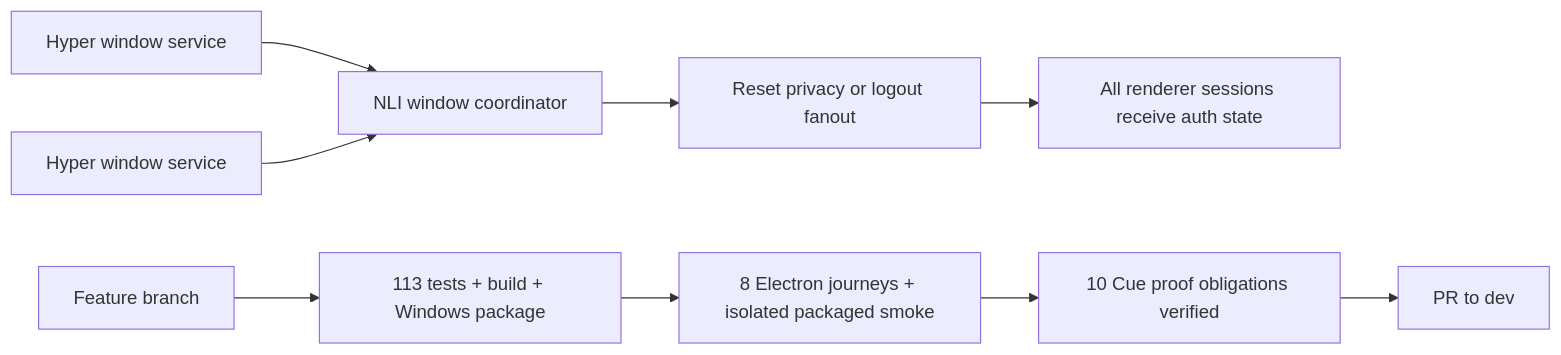
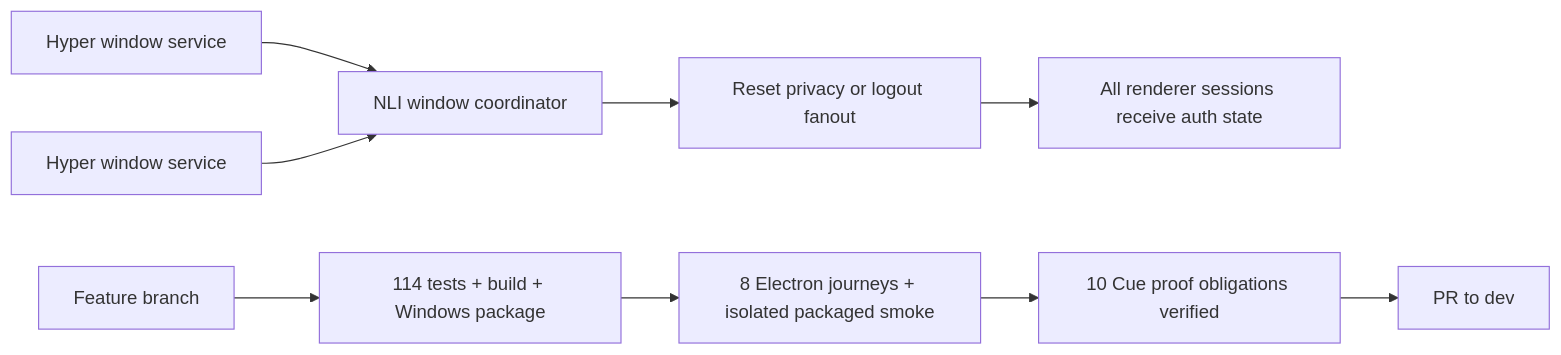
The diagram in plans/active/terminal-intelligence/001-shell-first-natural-language-interface/flow/task-10-final-integration-review-and-dev-delivery.md (mcdmag/hyper), drawn with Mermaid before and after one commit. The commit also changed 5 other files, not shown here.

````diff
--- a/plans/active/terminal-intelligence/001-shell-first-natural-language-interface/flow/task-10-final-integration-review-and-dev-delivery.md
+++ b/plans/active/terminal-intelligence/001-shell-first-natural-language-interface/flow/task-10-final-integration-review-and-dev-delivery.md
@@ -5,11 +5,11 @@
 ```mermaid
 flowchart LR
   W1[Hyper window service] --> C[NLI window coordinator]
   W2[Hyper window service] --> C
   C --> R[Reset privacy or logout fanout]
   R --> S[All renderer sessions receive auth state]
-  F[Feature branch] --> T[113 tests + build + Windows package]
+  F[Feature branch] --> T[114 tests + build + Windows package]
   T --> E[8 Electron journeys + isolated packaged smoke]
   E --> P[10 Cue proof obligations verified]
   P --> D[PR to dev]
 ```
````
